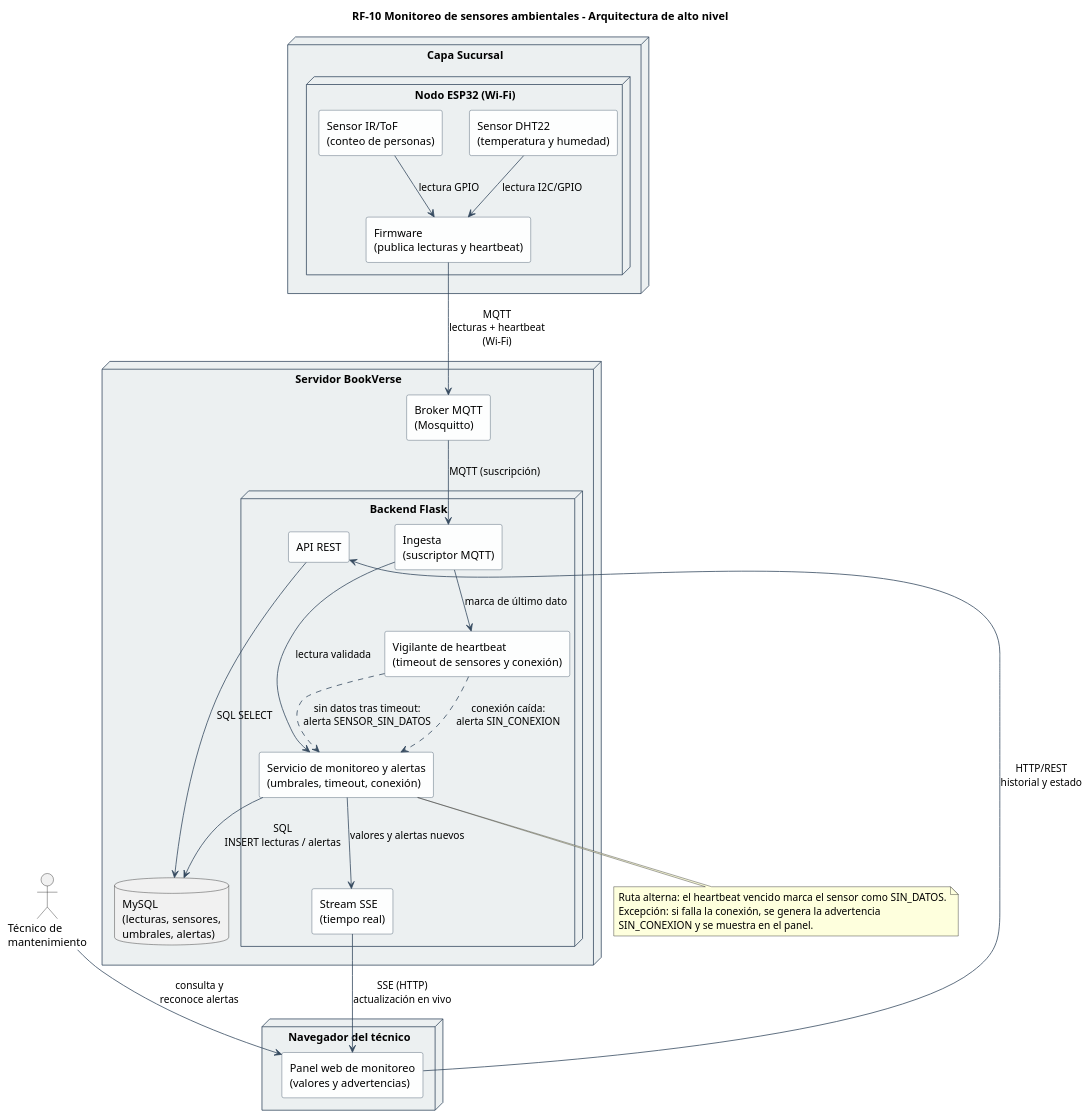
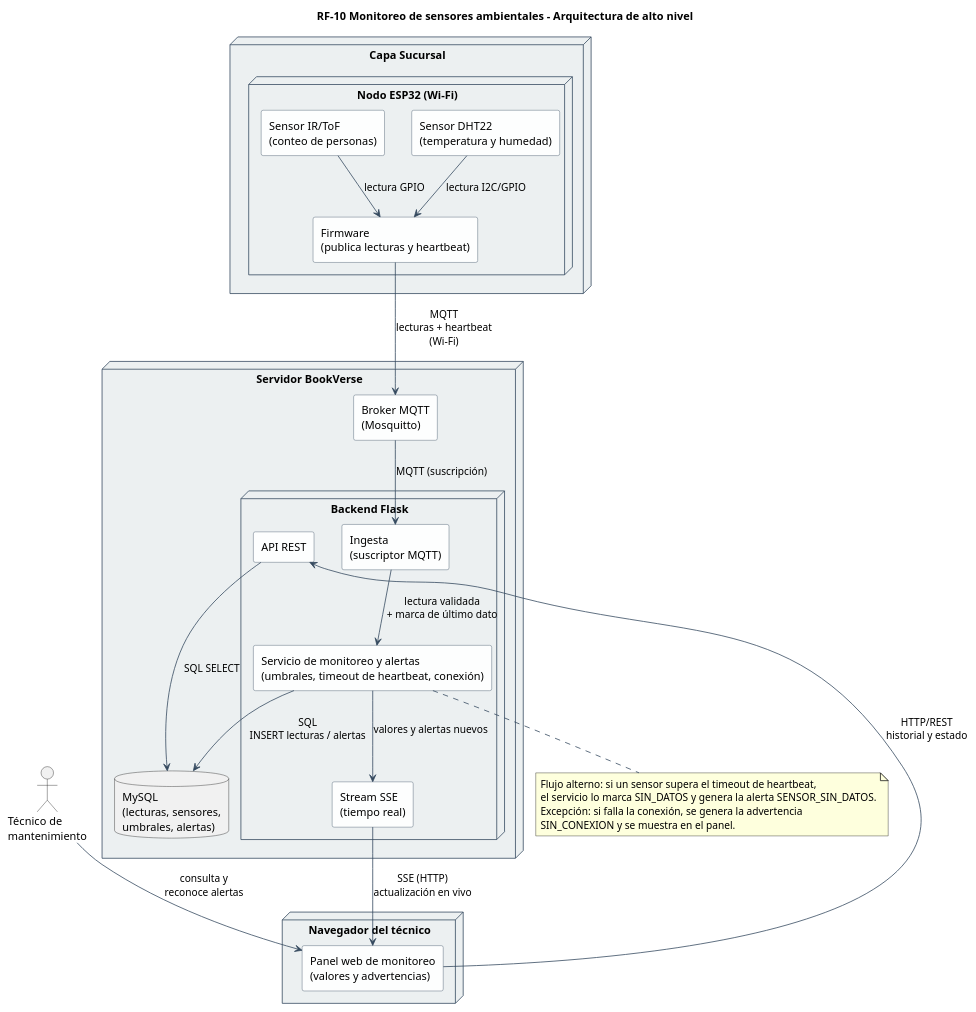
The diagram in etapa3/semana12-avance1/diagramas/arquitectura_rf10.puml (Reas0nt/BookVerse), drawn with PlantUML before and after one commit. The commit also changed 6 other files, not shown here.

Commit message:
refactor(etapa3): keep heartbeat timeout in the monitoring service

```diff
--- a/etapa3/semana12-avance1/diagramas/arquitectura_rf10.puml
+++ b/etapa3/semana12-avance1/diagramas/arquitectura_rf10.puml
@@ -1,62 +1,59 @@
 @startuml arquitectura_rf10
 title RF-10 Monitoreo de sensores ambientales - Arquitectura de alto nivel
 skinparam shadowing false
 skinparam componentStyle rectangle
 skinparam defaultFontName Arial
 skinparam ArrowColor #34495E
 skinparam node {
   BackgroundColor #ECF0F1
   BorderColor #34495E
 }
 skinparam component {
   BackgroundColor #FDFEFE
   BorderColor #34495E
 }
 
 actor "Técnico de\nmantenimiento" as Tecnico
 
 node "Capa Sucursal" as Sucursal {
   node "Nodo ESP32 (Wi-Fi)" as ESP {
     component "Sensor DHT22\n(temperatura y humedad)" as DHT
     component "Sensor IR/ToF\n(conteo de personas)" as IR
     component "Firmware\n(publica lecturas y heartbeat)" as FW
   }
 }
 
 node "Servidor BookVerse" as Server {
   component "Broker MQTT\n(Mosquitto)" as Broker
   node "Backend Flask" as Backend {
     component "Ingesta\n(suscriptor MQTT)" as Ingesta
-    component "Servicio de monitoreo y alertas\n(umbrales, timeout, conexión)" as Monitor
-    component "Vigilante de heartbeat\n(timeout de sensores y conexión)" as Watch
+    component "Servicio de monitoreo y alertas\n(umbrales, timeout de heartbeat, conexión)" as Monitor
     component "API REST" as API
     component "Stream SSE\n(tiempo real)" as SSE
   }
   database "MySQL\n(lecturas, sensores,\numbrales, alertas)" as DB
 }
 
 node "Navegador del técnico" as Browser {
   component "Panel web de monitoreo\n(valores y advertencias)" as Panel
 }
 
 DHT --> FW : lectura I2C/GPIO
 IR --> FW : lectura GPIO
 FW --> Broker : MQTT\nlecturas + heartbeat\n(Wi-Fi)
 Broker --> Ingesta : MQTT (suscripción)
-Ingesta --> Monitor : lectura validada
+Ingesta --> Monitor : lectura validada\n+ marca de último dato
 Monitor --> DB : SQL\nINSERT lecturas / alertas
-Ingesta --> Watch : marca de último dato
-Watch ..> Monitor : sin datos tras timeout:\nalerta SENSOR_SIN_DATOS
-Watch ..> Monitor : conexión caída:\nalerta SIN_CONEXION
 API --> DB : SQL SELECT
 Monitor --> SSE : valores y alertas nuevos
 SSE --> Panel : SSE (HTTP)\nactualización en vivo
 Panel --> API : HTTP/REST\nhistorial y estado
 Tecnico --> Panel : consulta y\nreconoce alertas
 
 note bottom of Monitor
-  Ruta alterna: el heartbeat vencido marca el sensor como SIN_DATOS.
+  Flujo alterno: si un sensor supera el timeout de heartbeat,
+  el servicio lo marca SIN_DATOS y genera la alerta SENSOR_SIN_DATOS.
   Excepción: si falla la conexión, se genera la advertencia
   SIN_CONEXION y se muestra en el panel.
 end note
 @enduml
```
